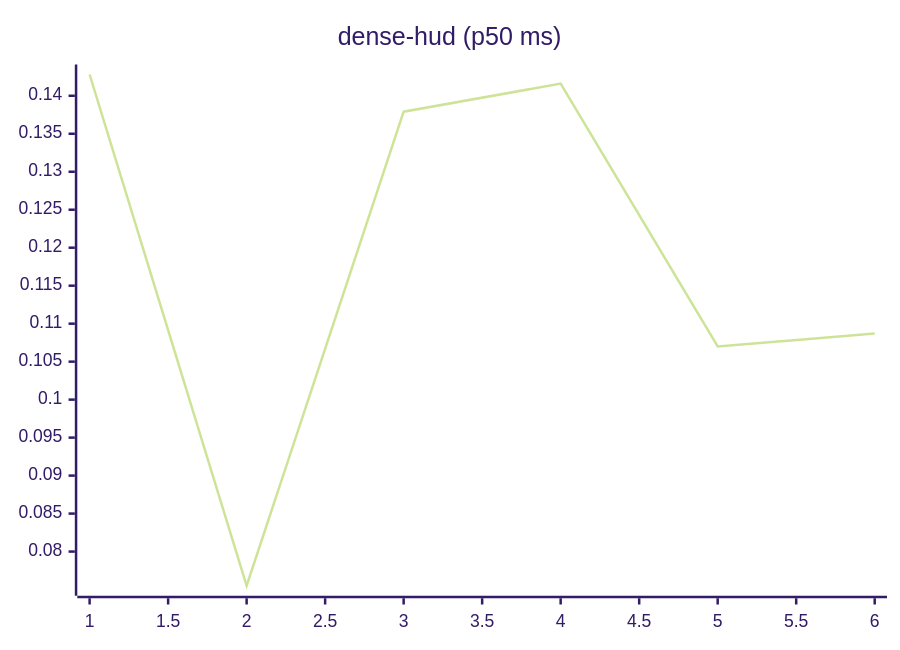
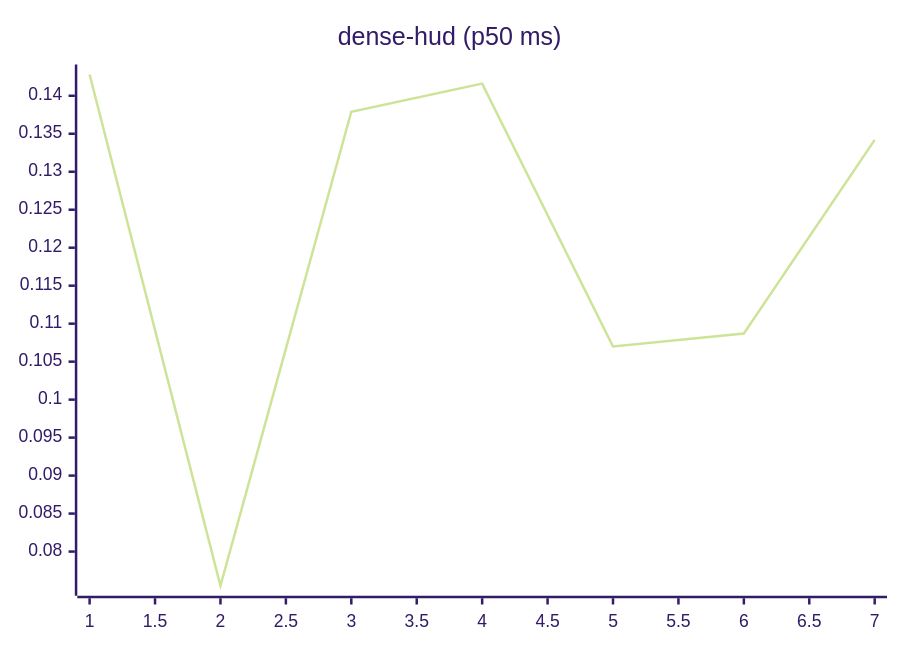
Before and after one commit to josha/Facet: the eighth of 27 diagrams in README.md, drawn with Mermaid (forest theme). The commit also changed other lines of this file and 2 other files, not shown here.

````diff
--- a/README.md
+++ b/README.md
@@ -112,6 +112,6 @@
 ```mermaid
 xychart-beta
     title "dense-hud (p50 ms)"
-    x-axis 1 --> 6
-    line [0.1428, 0.0755, 0.1379, 0.1416, 0.1070, 0.1087]
+    x-axis 1 --> 7
+    line [0.1428, 0.0755, 0.1379, 0.1416, 0.1070, 0.1087, 0.1342]
 ```
````
